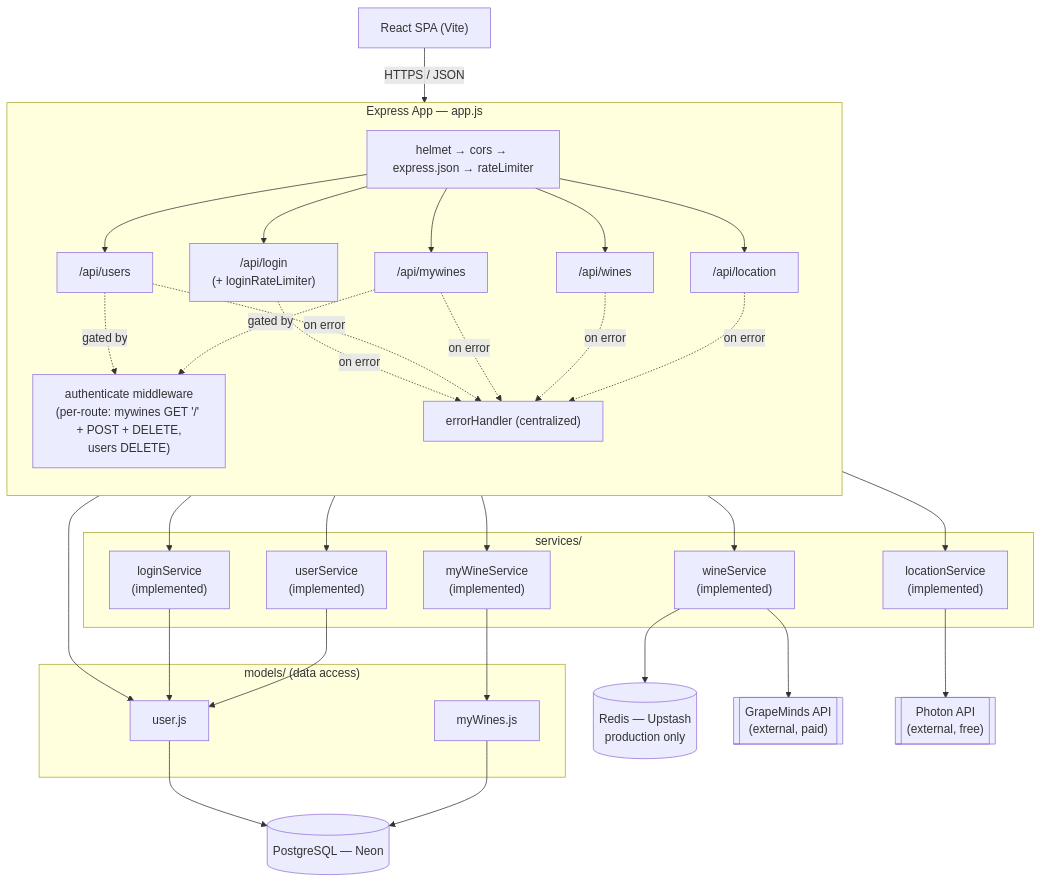
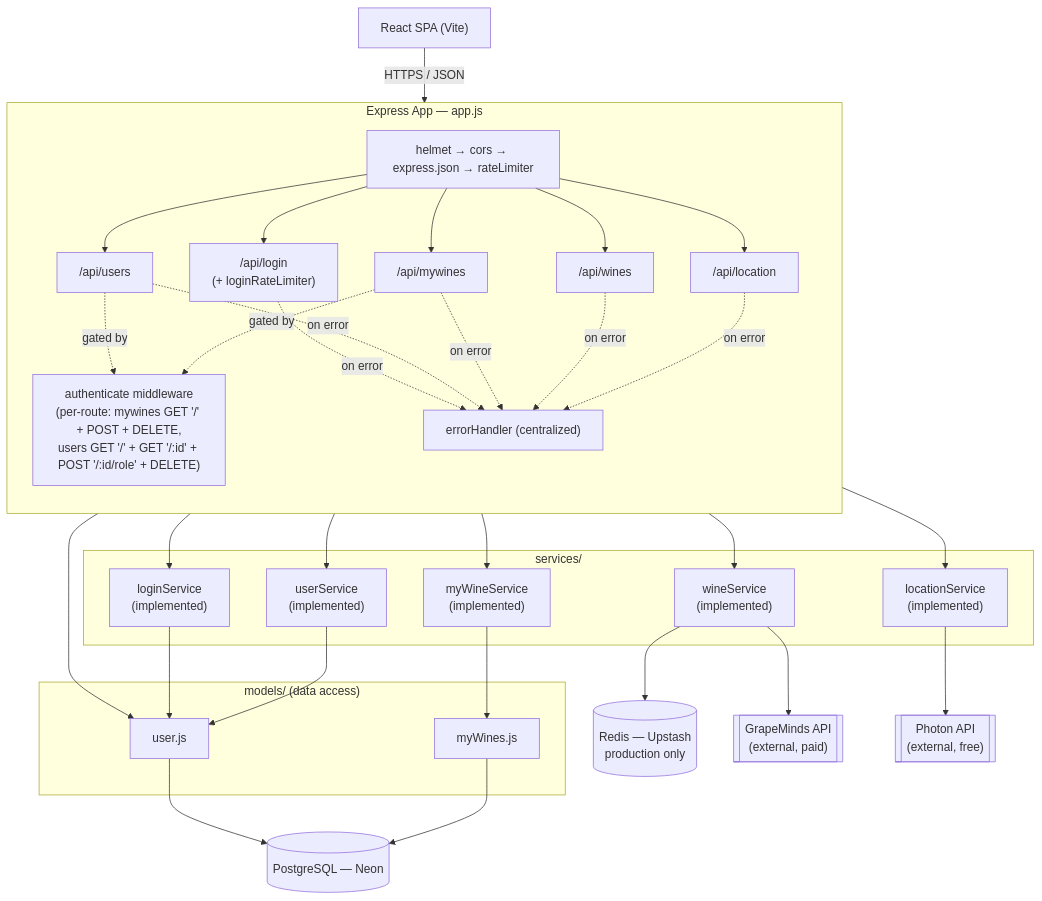
One commit to vsvala/KnowWine-AI changed the first of 9 diagrams in back/README.md. Above: the diagram before and after it, drawn with Mermaid. The commit also changed other lines of this file and 2 other files, not shown here.

````diff
--- a/back/README.md
+++ b/back/README.md
@@ -22,60 +22,60 @@
 ```mermaid
 flowchart TB
     FE["React SPA (Vite)"]
 
     subgraph App["Express App — app.js"]
         direction TB
         MW["helmet → cors → express.json → rateLimiter"]
         RLogin["/api/login\n(+ loginRateLimiter)"]
         RUsers["/api/users"]
         RMyWines["/api/mywines"]
         RWines["/api/wines"]
         RLocation["/api/location"]
-        Auth["authenticate middleware\n(per-route: mywines GET '/' + POST + DELETE,\nusers DELETE)"]
+        Auth["authenticate middleware\n(per-route: mywines GET '/' + POST + DELETE,\nusers GET '/' + GET '/:id' + POST '/:id/role' + DELETE)"]
         ErrH["errorHandler (centralized)"]
     end
 
     subgraph Services["services/"]
         MyWinesSvc["myWineService\n(implemented)"]
         WinesSvc["wineService\n(implemented)"]
         LoginSvc["loginService\n(implemented)"]
         UserSvc["userService\n(implemented)"]
         LocationSvc["locationService\n(implemented)"]
     end
 
     subgraph Models["models/ (data access)"]
         UserModel["user.js"]
         MyWinesModel["myWines.js"]
     end
 
     PG[("PostgreSQL — Neon")]
     RD[("Redis — Upstash\nproduction only")]
     GM[["GrapeMinds API\n(external, paid)"]]
     Photon[["Photon API\n(external, free)"]]
 
     FE -->|HTTPS / JSON| MW
     MW --> RLogin & RUsers & RMyWines & RWines & RLocation
 
     RUsers -.gated by.-> Auth
     RMyWines -.gated by.-> Auth
     Auth --> UserModel
 
     RLogin --> LoginSvc --> UserModel
     RUsers --> UserSvc --> UserModel
     RMyWines --> MyWinesSvc
     MyWinesSvc --> MyWinesModel
     RWines --> WinesSvc
     RLocation --> LocationSvc
 
     UserModel --> PG
     MyWinesModel --> PG
     WinesSvc --> RD
     WinesSvc --> GM
     LocationSvc --> Photon
 
     RLogin -. on error .-> ErrH
     RUsers -. on error .-> ErrH
     RMyWines -. on error .-> ErrH
     RWines -. on error .-> ErrH
     RLocation -. on error .-> ErrH
 ```
````
